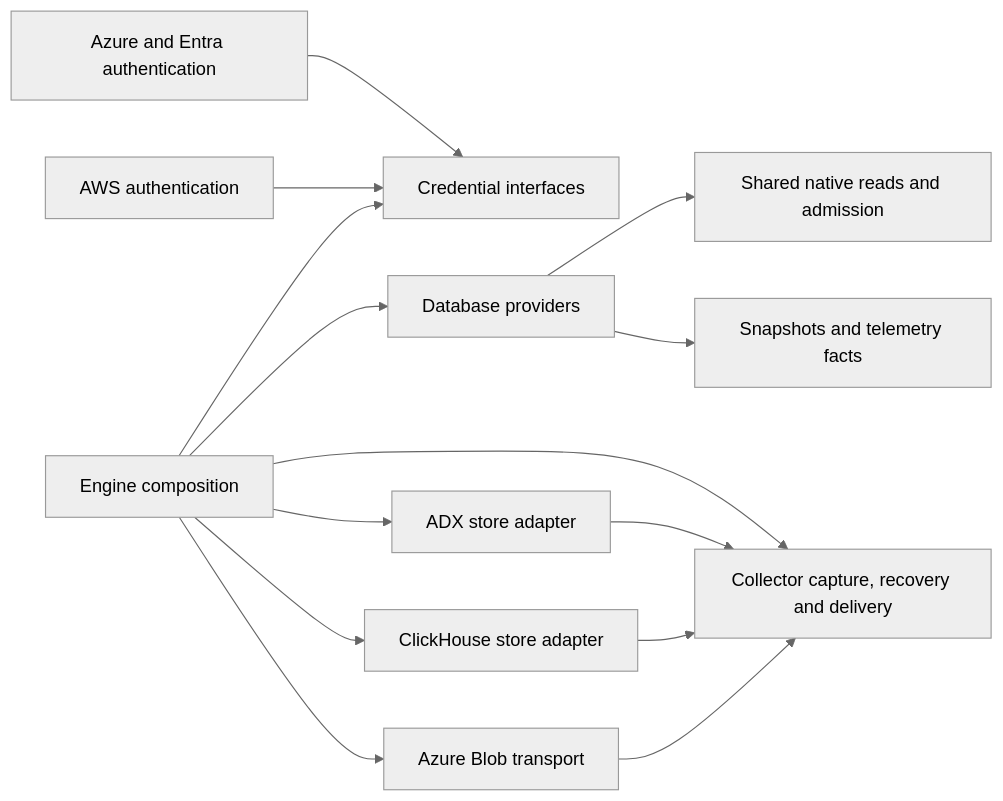
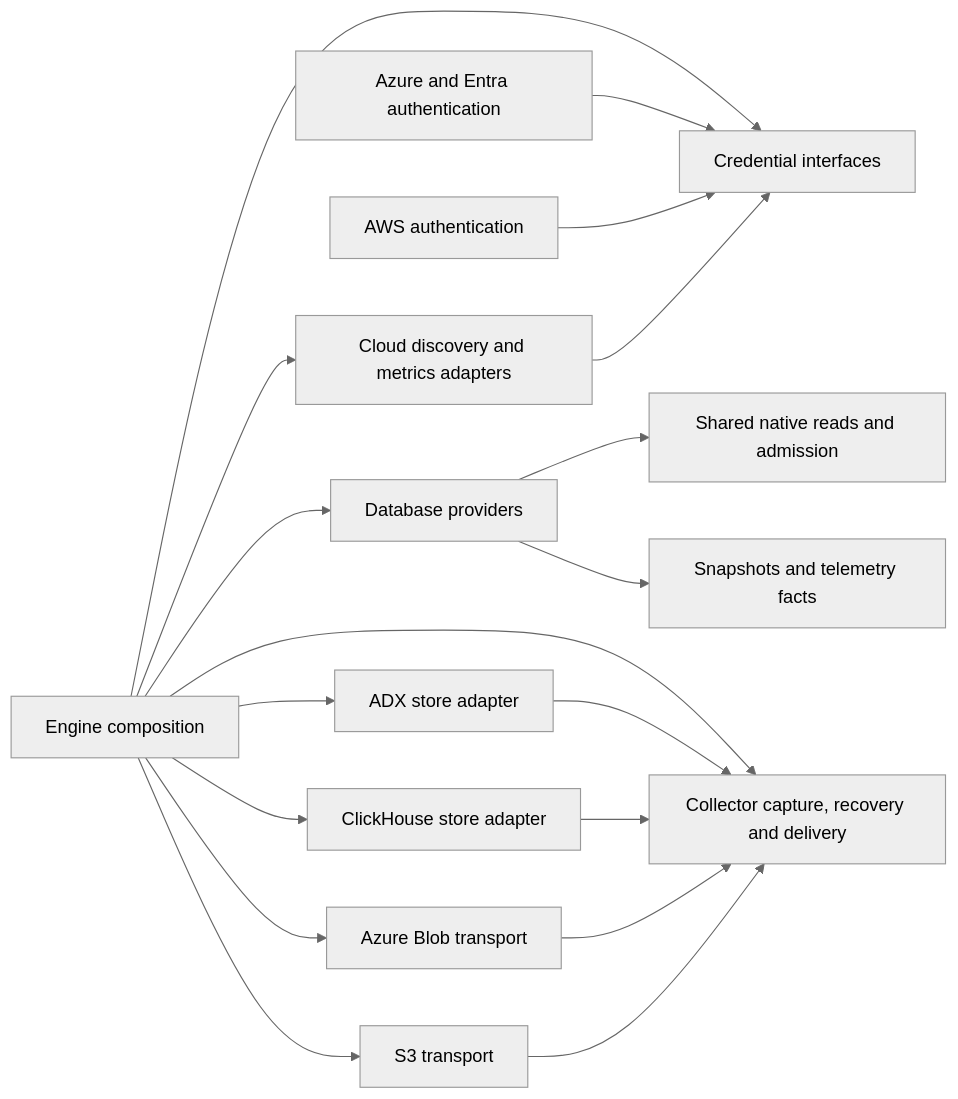
One commit to cristipufu/culprit-sql-studio changed the diagram in docs/ARCHITECTURE.md. Above: the diagram before and after it, drawn with Mermaid (neutral theme). The commit also changed other lines of this file and 80 other files, not shown here.

````diff
--- a/docs/ARCHITECTURE.md
+++ b/docs/ARCHITECTURE.md
@@ -262,16 +282,20 @@
 ```mermaid
 flowchart LR
     DB[Database providers] --> READ[Shared native reads and admission]
     DB --> CORE[Snapshots and telemetry facts]
     ENGINE[Engine composition] --> AUTH[Credential interfaces]
     AZURE[Azure and Entra authentication] --> AUTH
     AWS[AWS authentication] --> AUTH
     ENGINE --> DB
     ENGINE --> COLLECT[Collector capture, recovery and delivery]
     ADX[ADX store adapter] --> COLLECT
     CH[ClickHouse store adapter] --> COLLECT
     BLOB[Azure Blob transport] --> COLLECT
+    S3[S3 transport] --> COLLECT
+    CLOUD[Cloud discovery and metrics adapters] --> AUTH
     ENGINE --> ADX
     ENGINE --> CH
     ENGINE --> BLOB
+    ENGINE --> S3
+    ENGINE --> CLOUD
 ```
````
